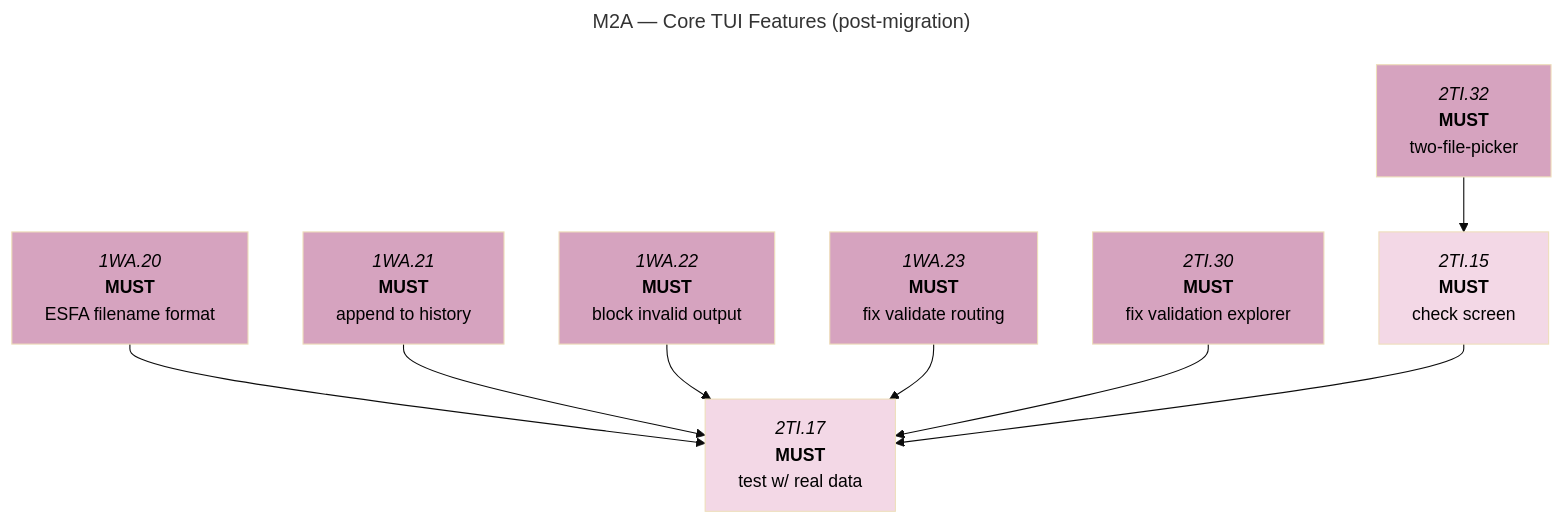
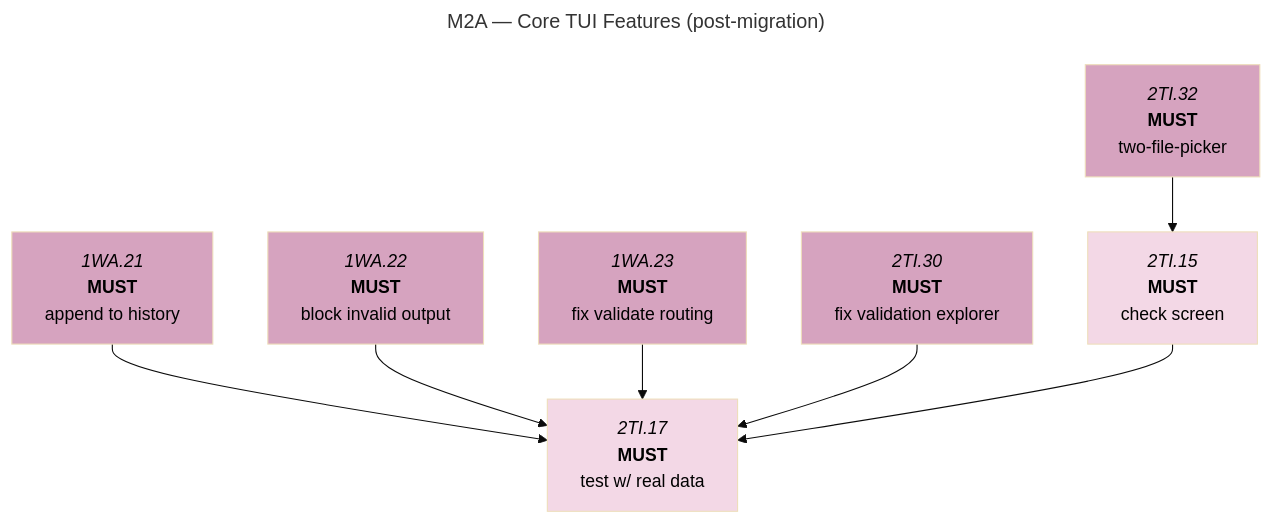
The second of 5 diagrams in docs/roadmaps/phase-1-mvp-features.md (foundersandcoders/iris), drawn with Mermaid (base theme) before and after one commit. The commit also changed other lines of this file, not shown here.

Commit message:
docs: update roadmap

````diff
--- a/docs/roadmaps/phase-1-mvp-features.md
+++ b/docs/roadmaps/phase-1-mvp-features.md
@@ -149,26 +149,25 @@
 ```mermaid
 ---
 title: M2A — Core TUI Features (post-migration)
 ---
 graph TD
 
-1WA.20["`*1WA.20*<br/>**MUST**<br/>ESFA filename format`"]:::must-open
 1WA.21["`*1WA.21*<br/>**MUST**<br/>append to history`"]:::must-open
 1WA.22["`*1WA.22*<br/>**MUST**<br/>block invalid output`"]:::must-open
 1WA.23["`*1WA.23*<br/>**MUST**<br/>fix validate routing`"]:::must-open
 2TI.30["`*2TI.30*<br/>**MUST**<br/>fix validation explorer`"]:::must-open
 2TI.32["`*2TI.32*<br/>**MUST**<br/>two-file-picker`"]:::must-open
 2TI.15["`*2TI.15*<br/>**MUST**<br/>check screen`"]:::must-blocked
 2TI.17["`*2TI.17*<br/>**MUST**<br/>test w/ real data`"]:::must-blocked
 
 2TI.32 --> 2TI.15
-1WA.20 & 1WA.21 & 1WA.22 & 1WA.23 & 2TI.30 & 2TI.15 --> 2TI.17
+1WA.21 & 1WA.22 & 1WA.23 & 2TI.30 & 2TI.15 --> 2TI.17
 
 classDef must-open fill:#D6A3BF,color:#000;
 classDef must-blocked fill:#F3D8E6,color:#000;
 classDef should-open fill:#6F2A52,color:#fff;
 classDef should-blocked fill:#A45A84,color:#fff;
 classDef could-open fill:#3E7F96,color:#fff;
 classDef could-blocked fill:#5FA3BA,color:#fff;
 classDef mile fill:#E8EFF6,color:#000;
 ```
````
